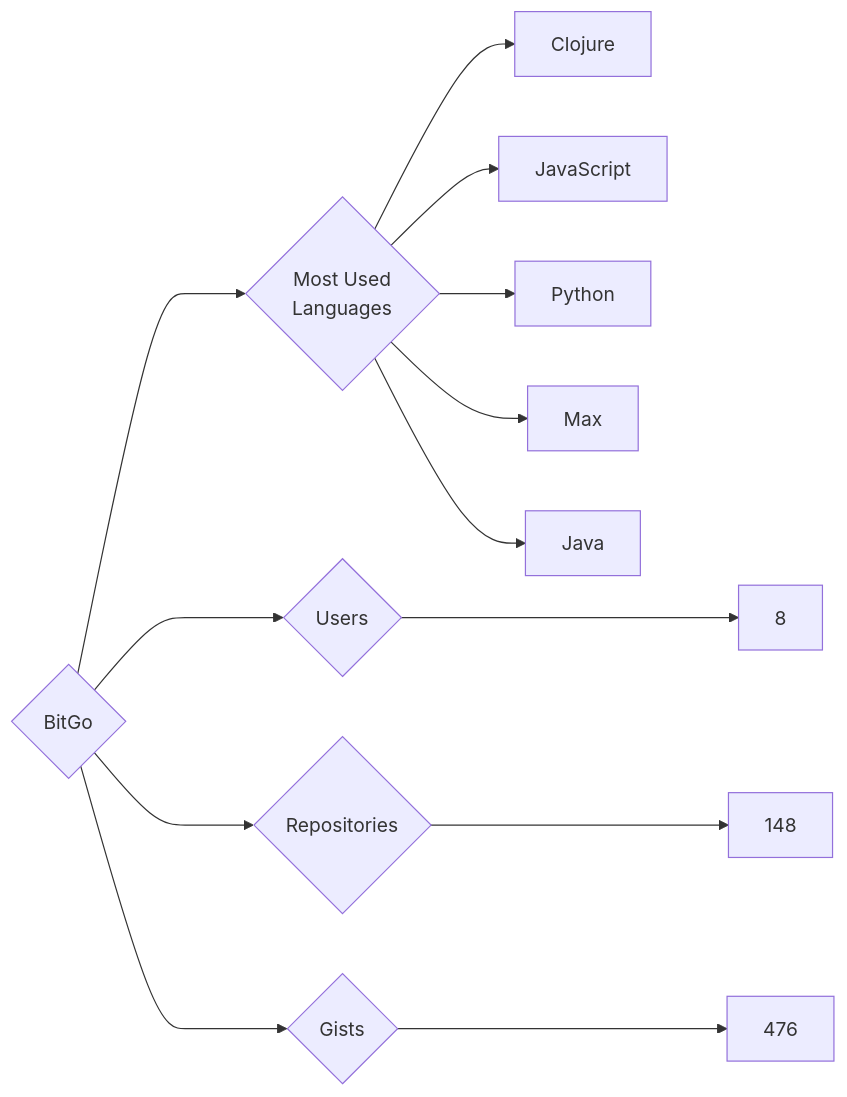
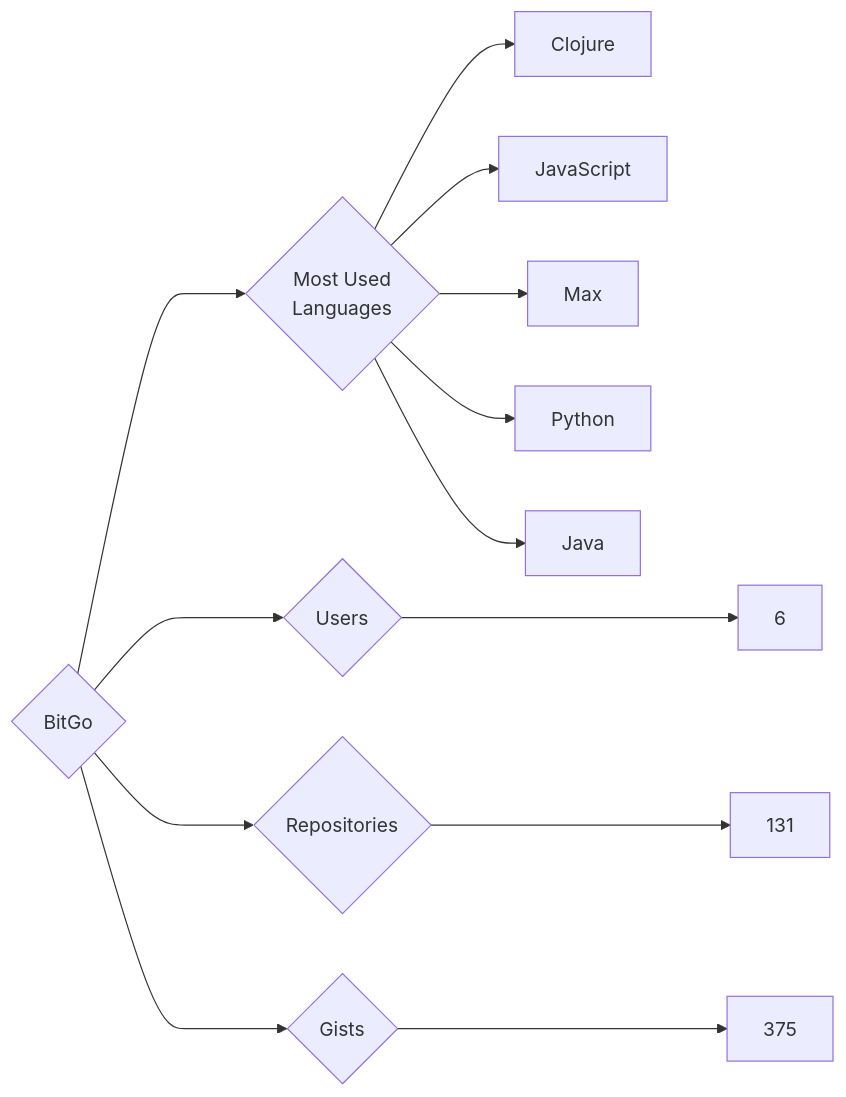
Before and after one commit to trickest/insiders: the diagram in targets/BitGo/README.md, drawn with Mermaid. The commit also changed 1084 other files, not shown here.

````diff
--- a/targets/BitGo/README.md
+++ b/targets/BitGo/README.md
@@ -3,13 +3,13 @@
 ```mermaid
 graph LR
 COMPANY_NAME{BitGo}
-COMPANY_NAME ---> U{Users} ---> UN[8]
-COMPANY_NAME ---> R{Repositories} ---> RN[148]
-COMPANY_NAME ---> G{Gists} ---> GN[476]
+COMPANY_NAME ---> U{Users} ---> UN[6]
+COMPANY_NAME ---> R{Repositories} ---> RN[131]
+COMPANY_NAME ---> G{Gists} ---> GN[375]
 COMPANY_NAME ---> ML{Most Used<br>Languages}
 ML --> Clojure[Clojure]
 ML --> JavaScript[JavaScript]
+ML --> Max[Max]
 ML --> Python[Python]
-ML --> Max[Max]
 ML --> Java[Java]
 ```
````
